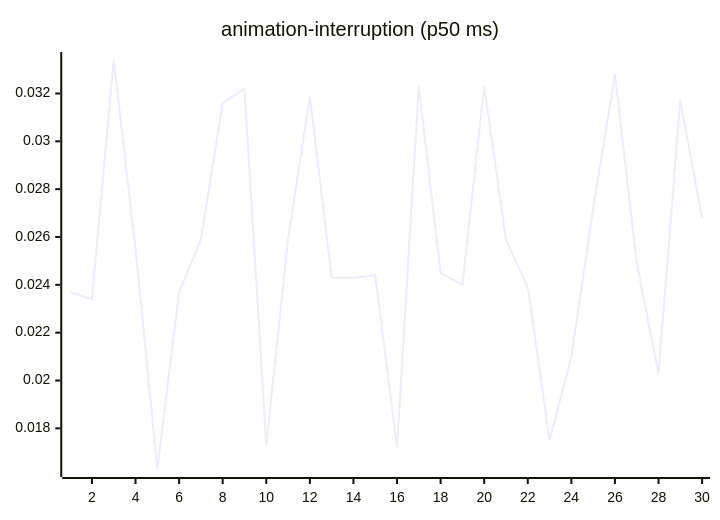
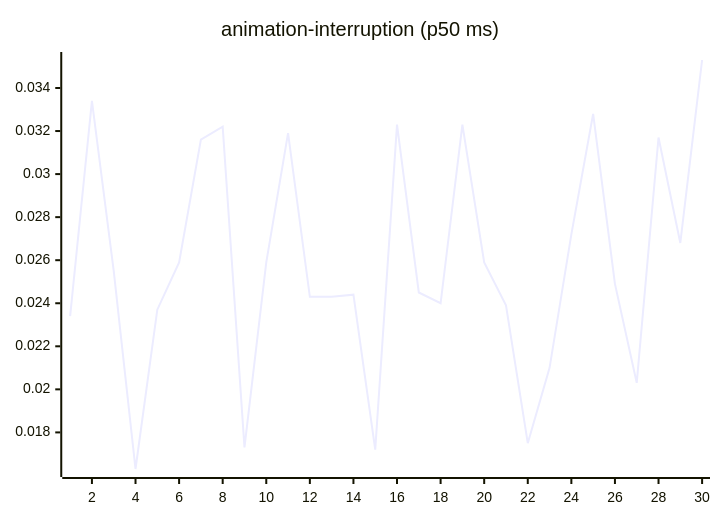
Before and after one commit to josha/Facet: the third of 27 diagrams in README.md, drawn with Mermaid. The commit also changed other lines of this file and 2 other files, not shown here.

````diff
--- a/README.md
+++ b/README.md
@@ -77,6 +77,6 @@
 ```mermaid
 xychart-beta
     title "animation-interruption (p50 ms)"
     x-axis 1 --> 30
-    line [0.0237, 0.0234, 0.0334, 0.0255, 0.0163, 0.0237, 0.0259, 0.0316, 0.0322, 0.0173, 0.0259, 0.0319, 0.0243, 0.0243, 0.0244, 0.0172, 0.0323, 0.0245, 0.0240, 0.0323, 0.0259, 0.0239, 0.0175, 0.0210, 0.0272, 0.0328, 0.0249, 0.0203, 0.0317, 0.0268]
+    line [0.0234, 0.0334, 0.0255, 0.0163, 0.0237, 0.0259, 0.0316, 0.0322, 0.0173, 0.0259, 0.0319, 0.0243, 0.0243, 0.0244, 0.0172, 0.0323, 0.0245, 0.0240, 0.0323, 0.0259, 0.0239, 0.0175, 0.0210, 0.0272, 0.0328, 0.0249, 0.0203, 0.0317, 0.0268, 0.0353]
 ```
````
